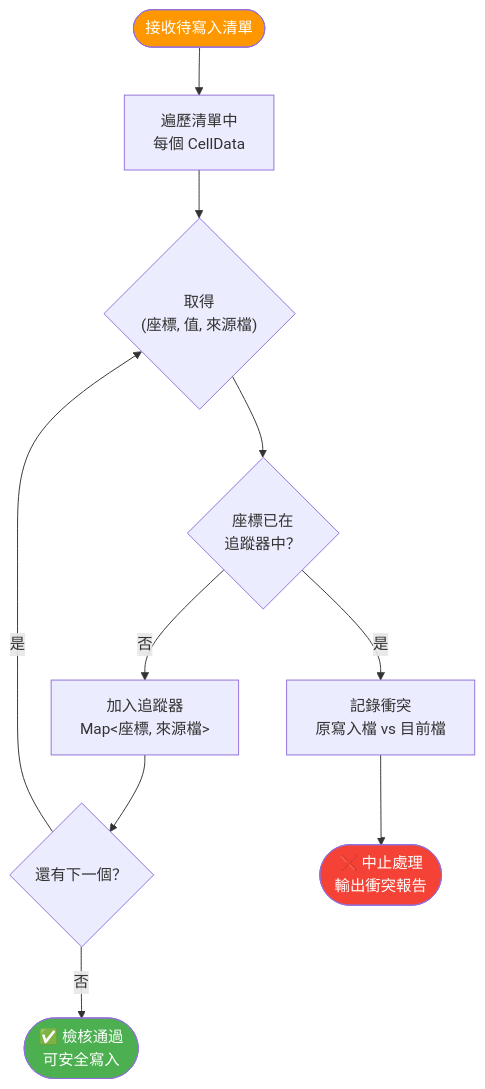
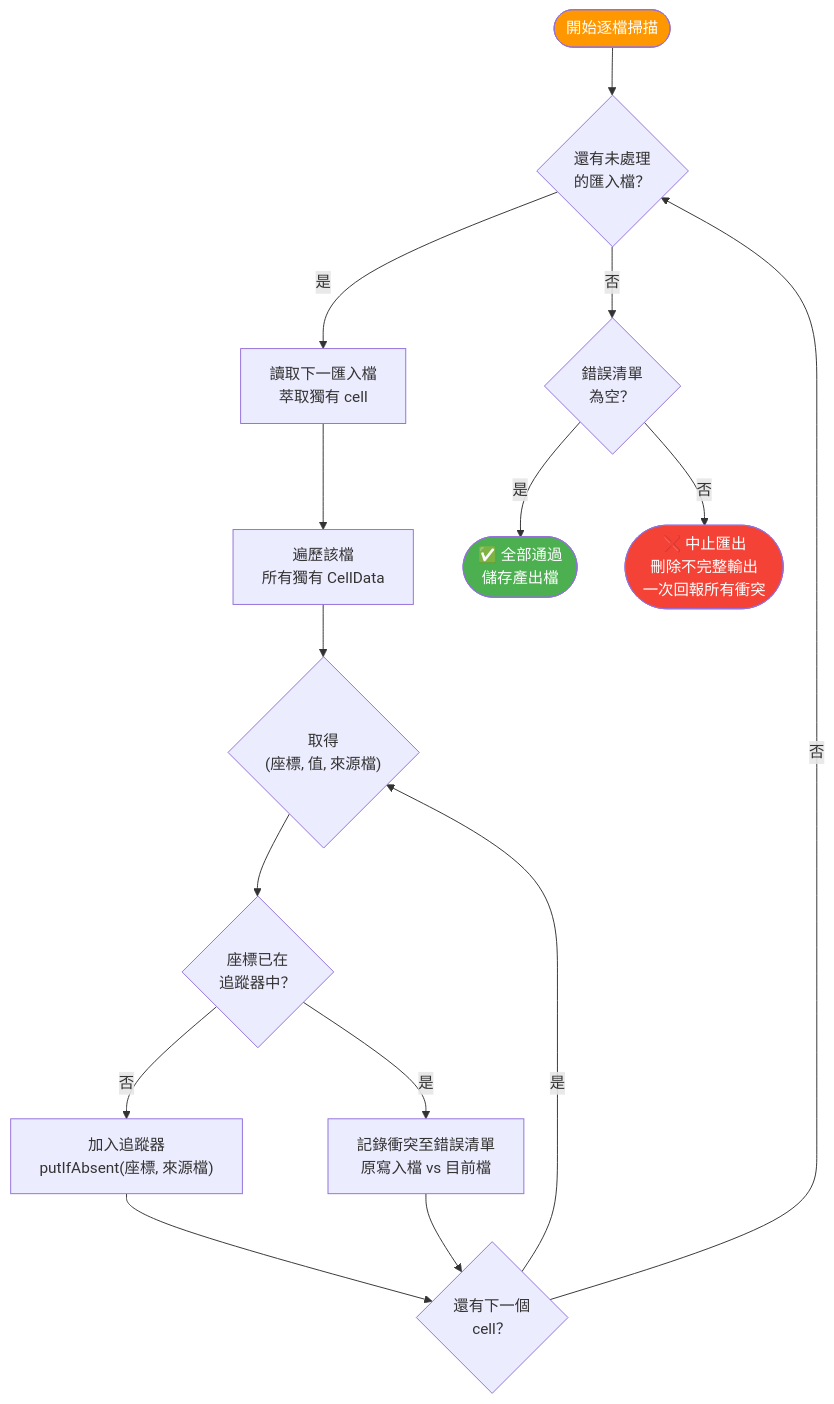
The third of 7 diagrams in docs/03-邏輯設計圖.md (seawaterfoods/excel-report-integration-engine), drawn with Mermaid before and after one commit. The commit also changed other lines of this file and 3 other files, not shown here.

````diff
--- a/docs/03-邏輯設計圖.md
+++ b/docs/03-邏輯設計圖.md
@@ -98,20 +100,28 @@
 ```mermaid
 flowchart TD
-    START(["接收待寫入清單"]) --> ITER["遍歷清單中<br/>每個 CellData"]
+    START(["開始逐檔掃描"]) --> LOOP{"還有未處理<br/>的匯入檔？"}
+
+    LOOP -->|是| READ["讀取下一匯入檔<br/>萃取獨有 cell"]
+    READ --> ITER["遍歷該檔<br/>所有獨有 CellData"]
     ITER --> CELL{"取得<br/>(座標, 值, 來源檔)"}
 
     CELL --> EXISTS{"座標已在<br/>追蹤器中？"}
 
-    EXISTS -->|否| ADD["加入追蹤器<br/>Map&lt;座標, 來源檔&gt;"]
-    ADD --> NEXT{"還有下一個？"}
+    EXISTS -->|否| ADD["加入追蹤器<br/>putIfAbsent(座標, 來源檔)"]
+    ADD --> NEXT{"還有下一個<br/>cell？"}
 
-    EXISTS -->|是| CONFLICT["記錄衝突<br/>原寫入檔 vs 目前檔"]
-    CONFLICT --> ABORT(["❌ 中止處理<br/>輸出衝突報告"])
+    EXISTS -->|是| CONFLICT["記錄衝突至錯誤清單<br/>原寫入檔 vs 目前檔"]
+    CONFLICT --> NEXT
 
     NEXT -->|是| CELL
-    NEXT -->|否| OK(["✅ 檢核通過<br/>可安全寫入"])
+    NEXT -->|否| LOOP
+
+    LOOP -->|否| CHECK{"錯誤清單<br/>為空？"}
+
+    CHECK -->|是| OK(["✅ 全部通過<br/>儲存產出檔"])
+    CHECK -->|否| ABORT(["❌ 中止匯出<br/>刪除不完整輸出<br/>一次回報所有衝突"])
 
     style START fill:#ff9800,color:#fff
     style OK fill:#4caf50,color:#fff
     style ABORT fill:#f44336,color:#fff
 ```
````
